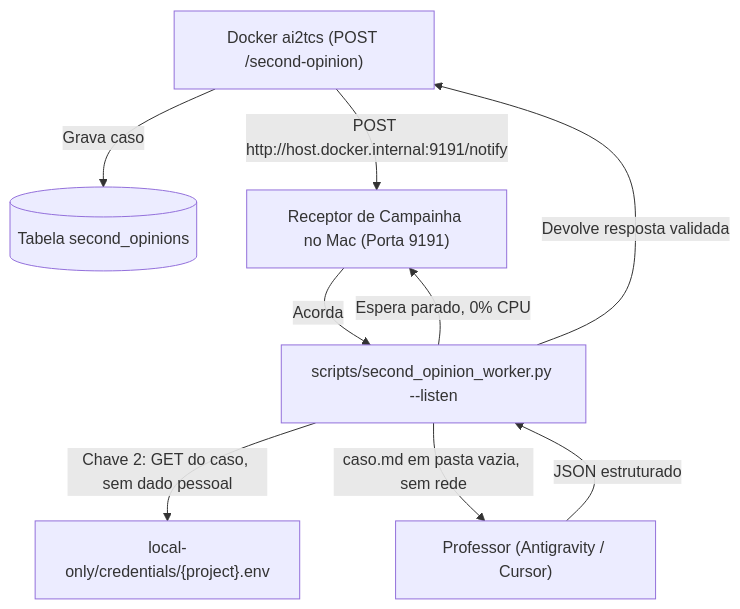
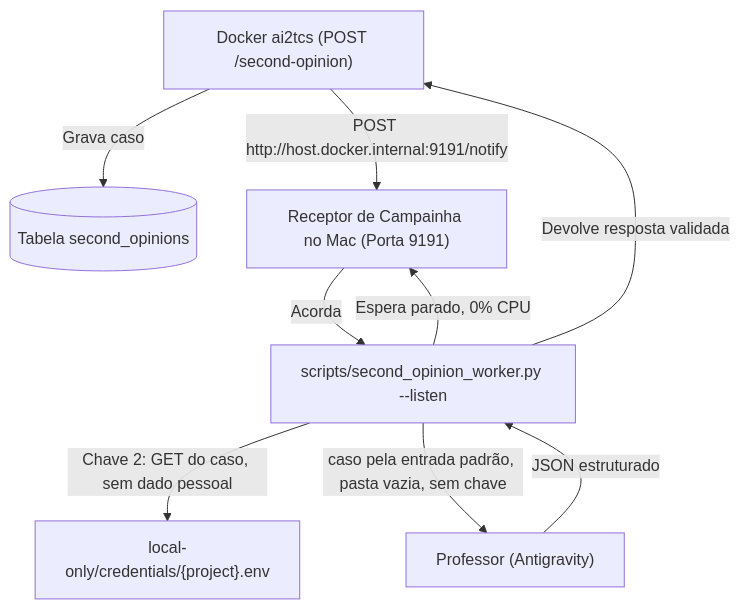
Before and after one commit to ianthomaz/ai2tcs: the diagram in docs/treinamento-llm/isolamento-e-execucao-mini62.md, drawn with Mermaid. The commit also changed 13 other files, not shown here.

First line of the commit message:
Antigravity is the teacher: the prompt carries house rules and project diretrizes; worker --try for one case without the API.

````diff
--- a/docs/treinamento-llm/isolamento-e-execucao-mini62.md
+++ b/docs/treinamento-llm/isolamento-e-execucao-mini62.md
@@ -52,11 +52,11 @@
 ```mermaid
 flowchart TD
     DockerAPI["Docker ai2tcs (POST /second-opinion)"] -->|Grava caso| DB[(Tabela second_opinions)]
     DockerAPI -->|POST http://host.docker.internal:9191/notify| Bell["Receptor de Campainha no Mac (Porta 9191)"]
     Bell -->|Acorda| HostWorker["scripts/second_opinion_worker.py --listen"]
     HostWorker -->|Chave 2: GET do caso, sem dado pessoal| Creds["local-only/credentials/{project}.env"]
-    HostWorker -->|caso.md em pasta vazia, sem rede| Teacher["Professor (Antigravity / Cursor)"]
+    HostWorker -->|caso pela entrada padrão, pasta vazia, sem chave| Teacher["Professor (Antigravity)"]
     Teacher -->|JSON estruturado| HostWorker
     HostWorker -->|Devolve resposta validada| DockerAPI
     HostWorker -->|Espera parado, 0% CPU| Bell
 ```
````
